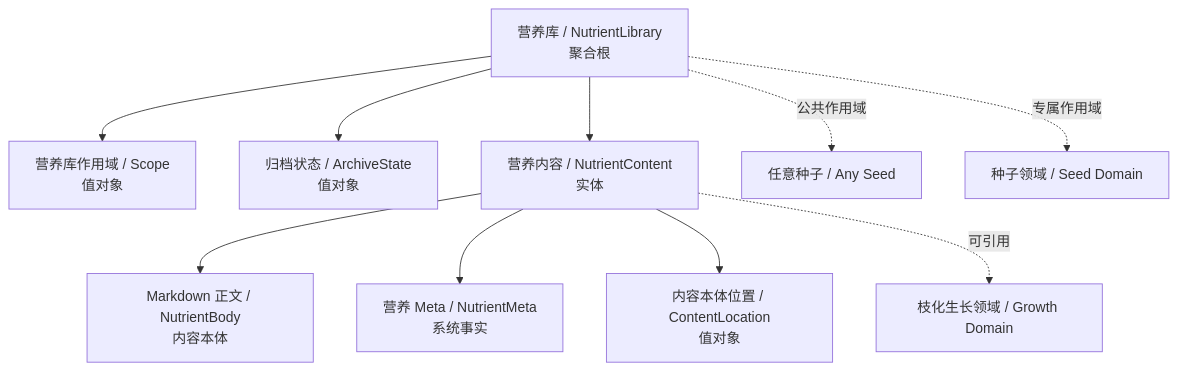
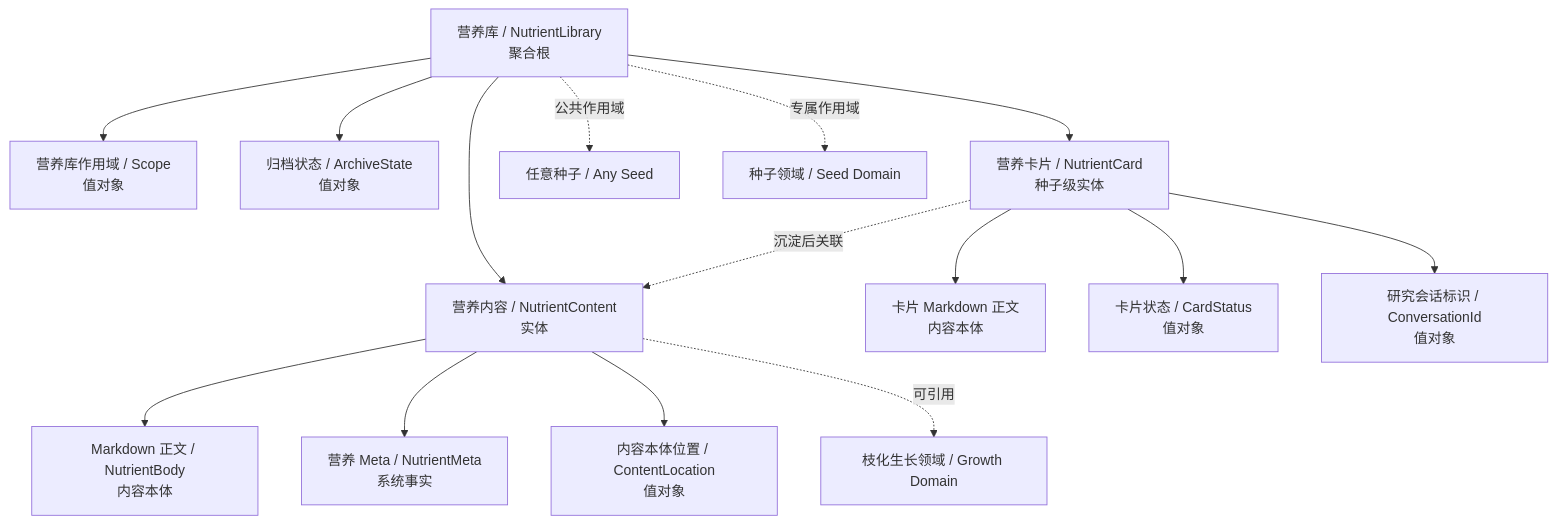
The first of 5 diagrams in docs/design/domain/营养库领域模块设计文档.md (Time-Machine-Lab/ContentForest), drawn with Mermaid before and after one commit. The commit also changed other lines of this file and 28 other files, not shown here.

````diff
--- a/docs/design/domain/营养库领域模块设计文档.md
+++ b/docs/design/domain/营养库领域模块设计文档.md
@@ -27,12 +33,17 @@
 ```mermaid
 graph TD
     Library["营养库 / NutrientLibrary<br/>聚合根"] --> Scope["营养库作用域 / Scope<br/>值对象"]
     Library --> LibraryState["归档状态 / ArchiveState<br/>值对象"]
     Library --> NutrientContent["营养内容 / NutrientContent<br/>实体"]
+    Library --> NutrientCard["营养卡片 / NutrientCard<br/>种子级实体"]
     NutrientContent --> NutrientBody["Markdown 正文 / NutrientBody<br/>内容本体"]
     NutrientContent --> NutrientMeta["营养 Meta / NutrientMeta<br/>系统事实"]
+    NutrientCard --> CardBody["卡片 Markdown 正文<br/>内容本体"]
+    NutrientCard --> CardState["卡片状态 / CardStatus<br/>值对象"]
+    NutrientCard --> Conversation["研究会话标识 / ConversationId<br/>值对象"]
+    NutrientCard -.沉淀后关联.-> NutrientContent
     NutrientContent --> ContentLocation["内容本体位置 / ContentLocation<br/>值对象"]
     Library -.公共作用域.-> AnySeed["任意种子 / Any Seed"]
     Library -.专属作用域.-> SeedDomain["种子领域 / Seed Domain"]
     NutrientContent -.可引用.-> GrowthDomain["枝化生长领域 / Growth Domain"]
 ```
````
